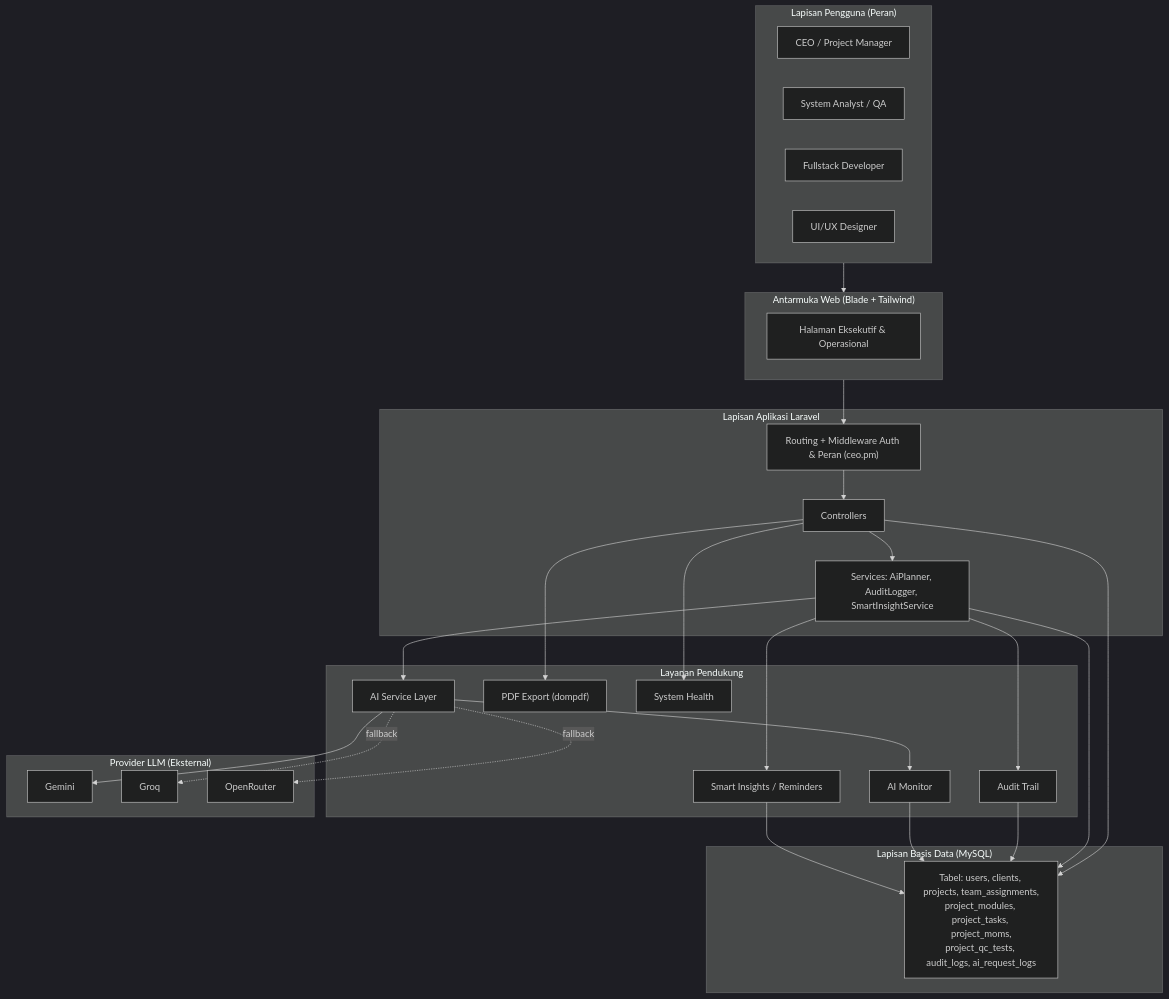
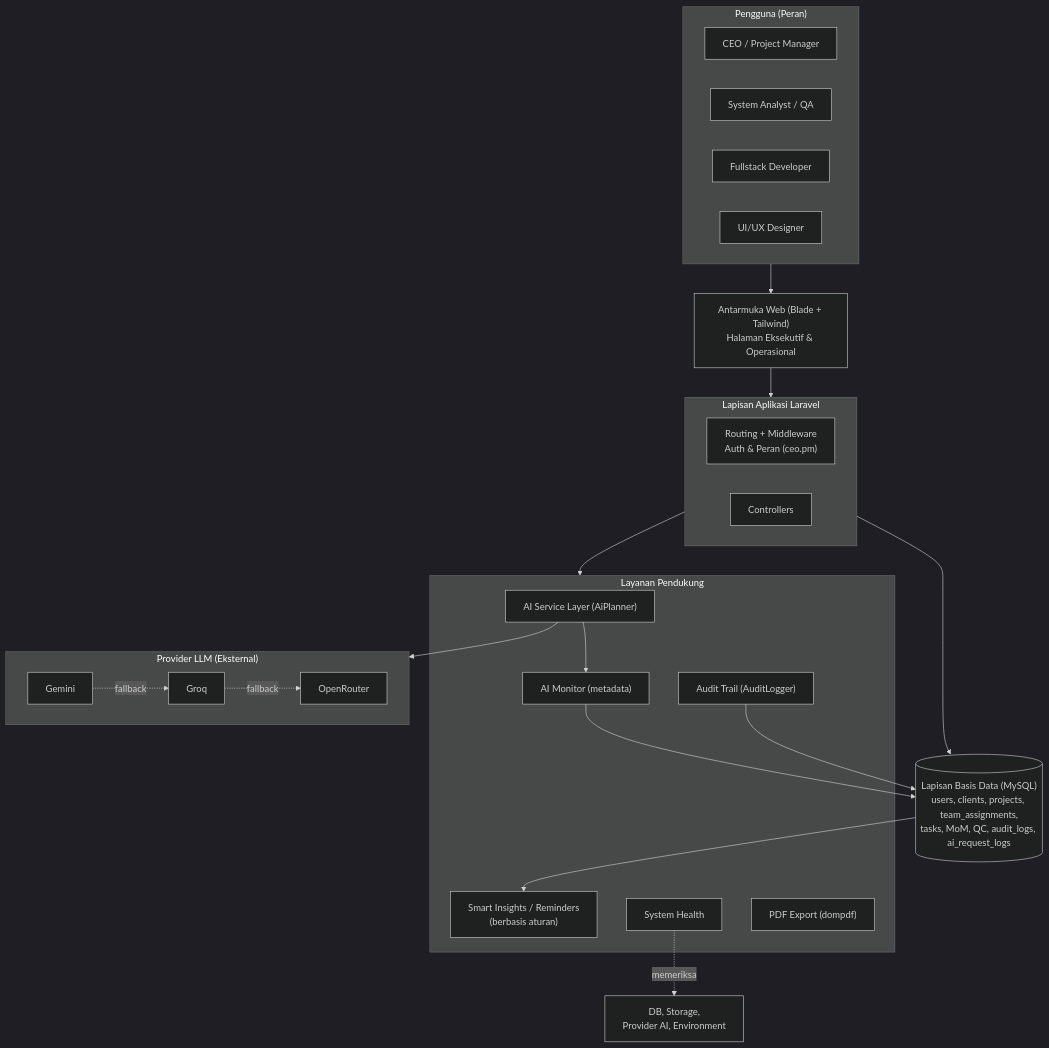
One commit to AhmadRafiadly/avatech-smart-pmis changed the diagram in docs/skripsi/diagrams/01-arsitektur-sistem.mmd. Above: the diagram before and after it, drawn with Mermaid (dark theme). The commit also changed 13 other files, not shown here.

Commit message:
docs: add editable drawio thesis diagrams

```diff
--- a/docs/skripsi/diagrams/01-arsitektur-sistem.mmd
+++ b/docs/skripsi/diagrams/01-arsitektur-sistem.mmd
@@ -1,52 +1,64 @@
 %% Gambar 3.x Arsitektur Sistem Avatech Smart-PMIS
 %% Sumber: Diolah Peneliti, 2026.
 flowchart TD
-    subgraph U["Lapisan Pengguna (Peran)"]
+    %% ============ Lapisan Pengguna (atas) ============
+    subgraph U["Pengguna (Peran)"]
+        direction LR
         A1["CEO / Project Manager"]
         A2["System Analyst / QA"]
         A3["Fullstack Developer"]
         A4["UI/UX Designer"]
     end
 
-    subgraph W["Antarmuka Web (Blade + Tailwind)"]
-        W1["Halaman Eksekutif & Operasional"]
+    %% ============ Antarmuka Web ============
+    W["Antarmuka Web (Blade + Tailwind)<br/>Halaman Eksekutif & Operasional"]
+
+    %% ============ Lapisan Aplikasi (tengah) ============
+    subgraph L["Lapisan Aplikasi Laravel"]
+        R["Routing + Middleware<br/>Auth & Peran (ceo.pm)"]
+        C["Controllers"]
     end
 
-    subgraph L["Lapisan Aplikasi Laravel"]
-        R["Routing + Middleware Auth & Peran (ceo.pm)"]
-        C["Controllers"]
-        S["Services: AiPlanner, AuditLogger, SmartInsightService"]
+    %% ============ Layanan Pendukung (kiri-bawah/tengah) ============
+    subgraph SVC["Layanan Pendukung"]
+        AI["AI Service Layer (AiPlanner)"]
+        AUD["Audit Trail (AuditLogger)"]
+        INS["Smart Insights / Reminders<br/>(berbasis aturan)"]
+        MON["AI Monitor (metadata)"]
+        HEALTH["System Health"]
+        PDF["PDF Export (dompdf)"]
     end
 
-    subgraph D["Lapisan Basis Data (MySQL)"]
-        DB["Tabel: users, clients, projects, team_assignments,<br/>project_modules, project_tasks, project_moms,<br/>project_qc_tests, audit_logs, ai_request_logs"]
-    end
+    %% ============ Basis Data (kanan/bawah-kanan) ============
+    DB[("Lapisan Basis Data (MySQL)<br/>users, clients, projects, team_assignments,<br/>tasks, MoM, QC, audit_logs, ai_request_logs")]
 
-    subgraph EXT["Layanan Pendukung"]
-        AI["AI Service Layer"]
-        PDF["PDF Export (dompdf)"]
-        AUD["Audit Trail"]
-        MON["AI Monitor"]
-        HEALTH["System Health"]
-        INS["Smart Insights / Reminders"]
-    end
-
+    %% ============ Provider LLM Eksternal (jauh-kanan/bawah) ============
     subgraph LLM["Provider LLM (Eksternal)"]
+        direction LR
         G["Gemini"]
         GR["Groq"]
         OR["OpenRouter"]
     end
 
-    U --> W --> R --> C --> S
-    C --> DB
-    S --> DB
-    S --> AI
+    %% ============ Cek kesiapan System Health ============
+    CHK["DB, Storage,<br/>Provider AI, Environment"]
+
+    %% ---- Alur utama (sedikit panah) ----
+    U --> W --> L
+    L --> DB
+    L --> SVC
+
+    %% ---- Fallback AI berurutan: Gemini -> Groq -> OpenRouter ----
     AI --> G
-    AI -. fallback .-> GR
-    AI -. fallback .-> OR
-    C --> PDF
-    S --> AUD --> DB
+    G -. fallback .-> GR
+    GR -. fallback .-> OR
+
+    %% ---- Logging & auditabilitas menuju basis data ----
     AI --> MON --> DB
-    C --> HEALTH
-    S --> INS
-    INS --> DB
+    AUD --> DB
+
+    %% ---- Smart Insights bersumber dari data sistem (bukan prediksi AI) ----
+    DB --> INS
+
+    %% ---- System Health memeriksa kesiapan komponen ----
+    HEALTH -. memeriksa .-> CHK
```
